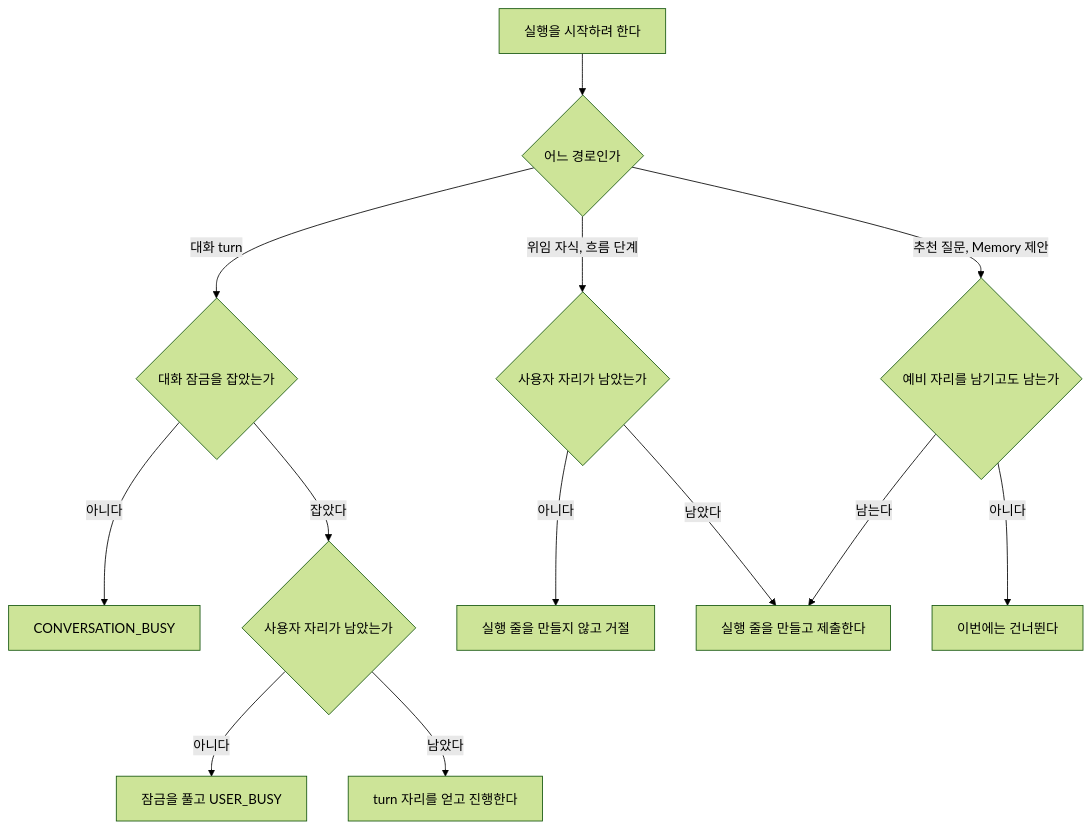
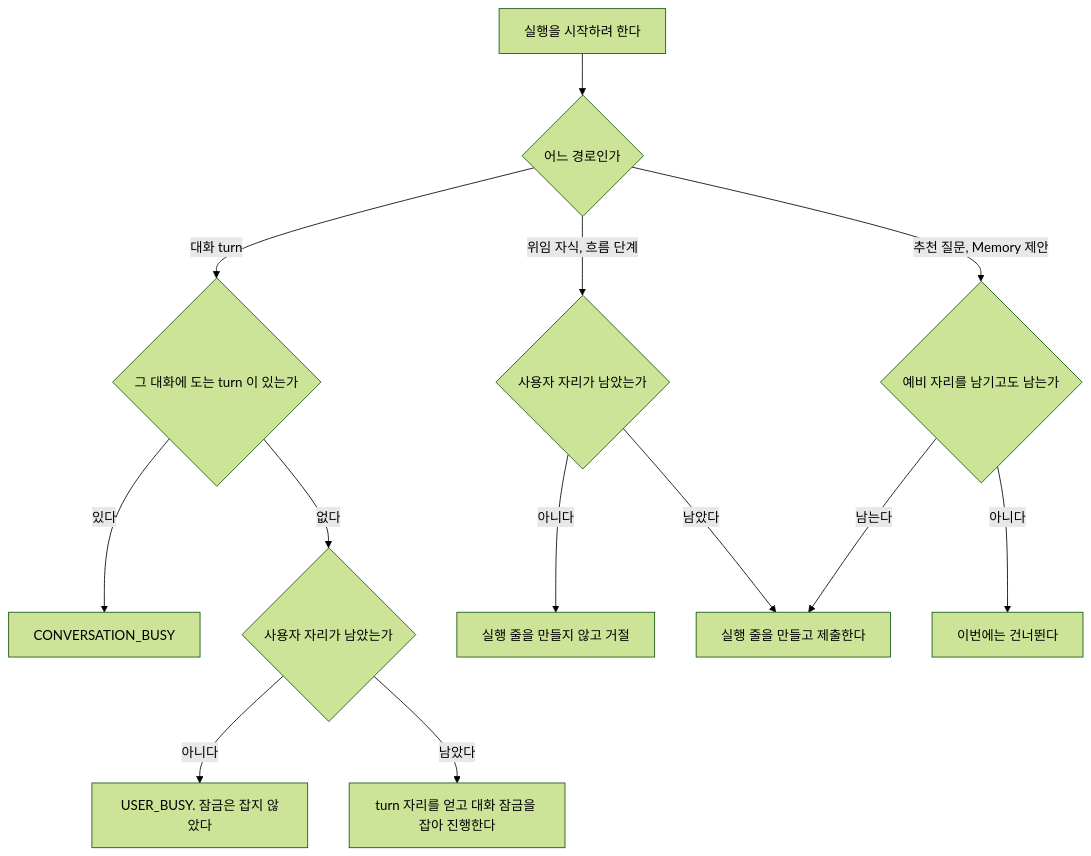
The diagram in docs/backend/execution-limit.md (jon890/fos-assistant), drawn with Mermaid (forest theme) before and after one commit. The commit also changed other lines of this file and 14 other files, not shown here.

````diff
--- a/docs/backend/execution-limit.md
+++ b/docs/backend/execution-limit.md
@@ -133,15 +137,15 @@
 ```mermaid
 flowchart TD
     A[실행을 시작하려 한다] --> B{어느 경로인가}
-    B -- 대화 turn --> C{대화 잠금을 잡았는가}
-    C -- 아니다 --> CB[CONVERSATION_BUSY]
-    C -- 잡았다 --> D{사용자 자리가 남았는가}
-    D -- 아니다 --> UB[잠금을 풀고 USER_BUSY]
-    D -- 남았다 --> T[turn 자리를 얻고 진행한다]
+    B -- 대화 turn --> C{그 대화에 도는 turn 이 있는가}
+    C -- 있다 --> CB[CONVERSATION_BUSY]
+    C -- 없다 --> D{사용자 자리가 남았는가}
+    D -- 아니다 --> UB[USER_BUSY. 잠금은 잡지 않았다]
+    D -- 남았다 --> T[turn 자리를 얻고 대화 잠금을 잡아 진행한다]
     B -- 위임 자식, 흐름 단계 --> E{사용자 자리가 남았는가}
     E -- 아니다 --> EB[실행 줄을 만들지 않고 거절]
     E -- 남았다 --> R[실행 줄을 만들고 제출한다]
     B -- 추천 질문, Memory 제안 --> F{예비 자리를 남기고도 남는가}
     F -- 아니다 --> FS[이번에는 건너뛴다]
     F -- 남는다 --> R
 ```
````
